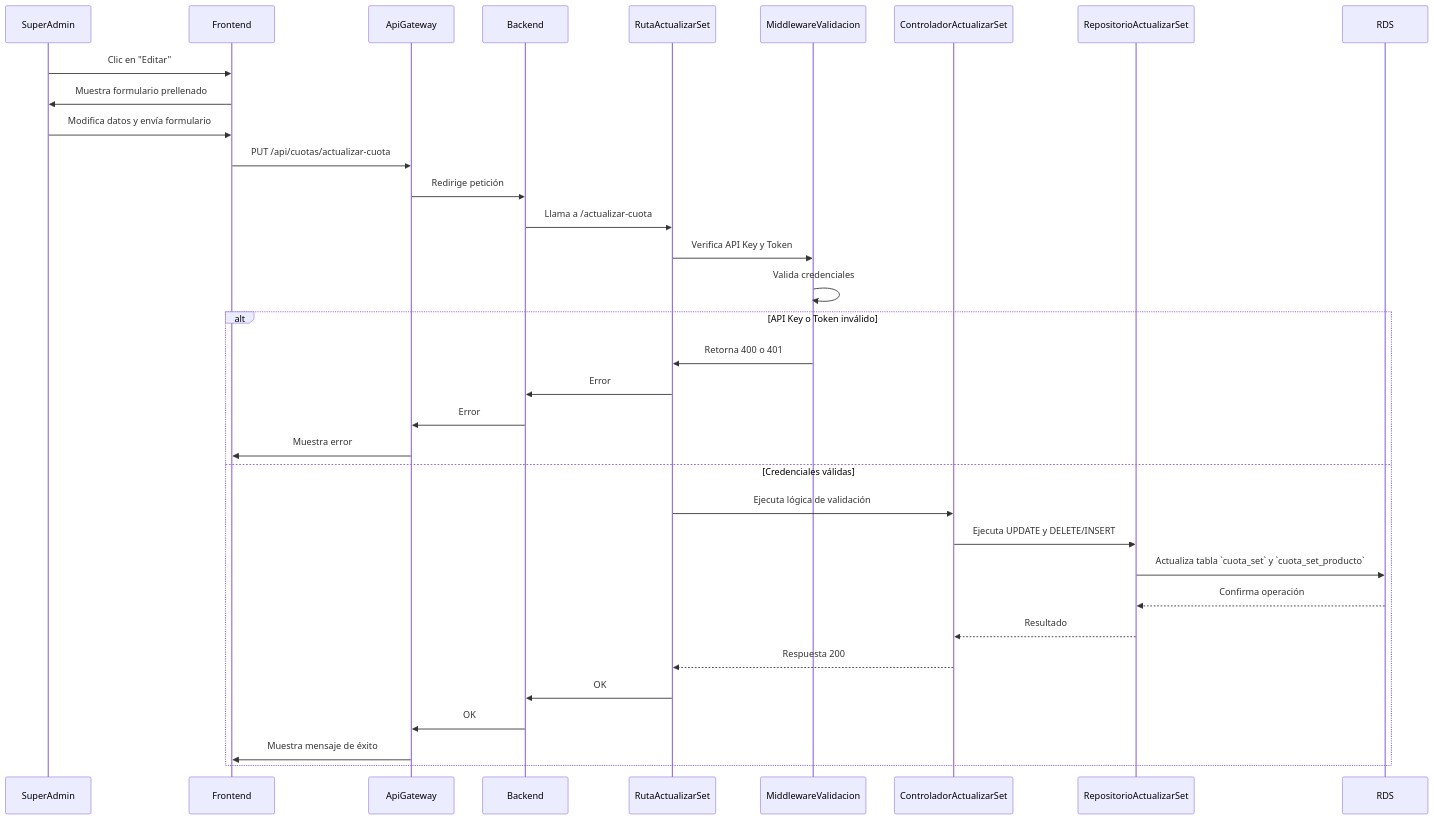
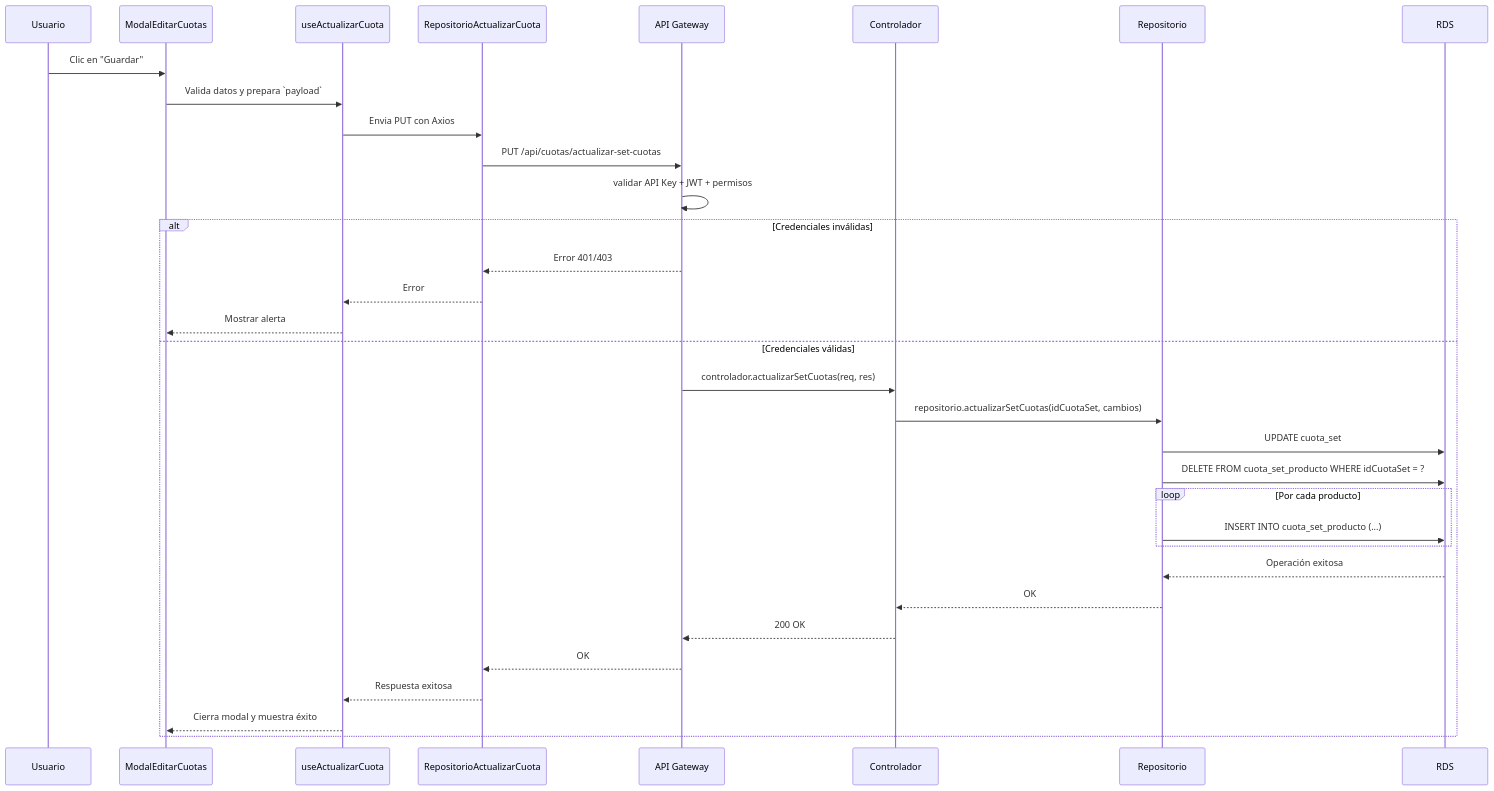
The diagram in documentation/docs/proyectos/textiles/documentacion/requisitos/RF34.md (CodeAnd-Co/Documentacion), drawn with Mermaid before and after one commit. The commit also changed other lines of this file and 1 other file, not shown here.

Commit message:
Actualizacion de documentacion de Actualizar Set de Cuotas

````diff
--- a/documentation/docs/proyectos/textiles/documentacion/requisitos/RF34.md
+++ b/documentation/docs/proyectos/textiles/documentacion/requisitos/RF34.md
@@ -31,41 +38,38 @@
 ```mermaid
    sequenceDiagram
-    participant SuperAdmin
-    participant Frontend
-    participant ApiGateway
-    participant Backend
-    participant RutaActualizarSet
-    participant MiddlewareValidacion
-    participant ControladorActualizarSet
-    participant RepositorioActualizarSet
+    participant Usuario
+    participant ModalEditarCuotas
+    participant useActualizarCuota
+    participant RepositorioActualizarCuota
+    participant API Gateway
+    participant Controlador
+    participant Repositorio
     participant RDS
 
-    SuperAdmin ->> Frontend: Clic en "Editar"
-    Frontend ->> SuperAdmin: Muestra formulario prellenado
-    SuperAdmin ->> Frontend: Modifica datos y envía formulario
-    Frontend ->> ApiGateway: PUT /api/cuotas/actualizar-cuota
-    ApiGateway ->> Backend: Redirige petición
-    Backend ->> RutaActualizarSet: Llama a /actualizar-cuota
+    Usuario ->> ModalEditarCuotas: Clic en "Guardar"
+    ModalEditarCuotas ->> useActualizarCuota: Valida datos y prepara `payload`
+    useActualizarCuota ->> RepositorioActualizarCuota: Envia PUT con Axios
+    RepositorioActualizarCuota ->> API Gateway: PUT /api/cuotas/actualizar-set-cuotas
+    API Gateway ->> API Gateway: validar API Key + JWT + permisos
 
-    RutaActualizarSet ->> MiddlewareValidacion: Verifica API Key y Token
-    MiddlewareValidacion ->> MiddlewareValidacion: Valida credenciales
-
-    alt API Key o Token inválido
-        MiddlewareValidacion ->> RutaActualizarSet: Retorna 400 o 401
-        RutaActualizarSet ->> Backend: Error
-        Backend ->> ApiGateway: Error
-        ApiGateway ->> Frontend: Muestra error
+    alt Credenciales inválidas
+        API Gateway -->> RepositorioActualizarCuota: Error 401/403
+        RepositorioActualizarCuota -->> useActualizarCuota: Error
+        useActualizarCuota -->> ModalEditarCuotas: Mostrar alerta
     else Credenciales válidas
-        RutaActualizarSet ->> ControladorActualizarSet: Ejecuta lógica de validación
-        ControladorActualizarSet ->> RepositorioActualizarSet: Ejecuta UPDATE y DELETE/INSERT
-        RepositorioActualizarSet ->> RDS: Actualiza tabla `cuota_set` y `cuota_set_producto`
-        RDS -->> RepositorioActualizarSet: Confirma operación
-        RepositorioActualizarSet -->> ControladorActualizarSet: Resultado
-        ControladorActualizarSet -->> RutaActualizarSet: Respuesta 200
-        RutaActualizarSet ->> Backend: OK
-        Backend ->> ApiGateway: OK
-        ApiGateway ->> Frontend: Muestra mensaje de éxito
+        API Gateway ->> Controlador: controlador.actualizarSetCuotas(req, res)
+        Controlador ->> Repositorio: repositorio.actualizarSetCuotas(idCuotaSet, cambios)
+        Repositorio ->> RDS: UPDATE cuota_set
+        Repositorio ->> RDS: DELETE FROM cuota_set_producto WHERE idCuotaSet = ?
+        loop Por cada producto
+            Repositorio ->> RDS: INSERT INTO cuota_set_producto (...)
+        end
+        RDS -->> Repositorio: Operación exitosa
+        Repositorio -->> Controlador: OK
+        Controlador -->> API Gateway: 200 OK
+        API Gateway -->> RepositorioActualizarCuota: OK
+        RepositorioActualizarCuota -->> useActualizarCuota: Respuesta exitosa
+        useActualizarCuota -->> ModalEditarCuotas: Cierra modal y muestra éxito
     end
 
-
 ```
````
